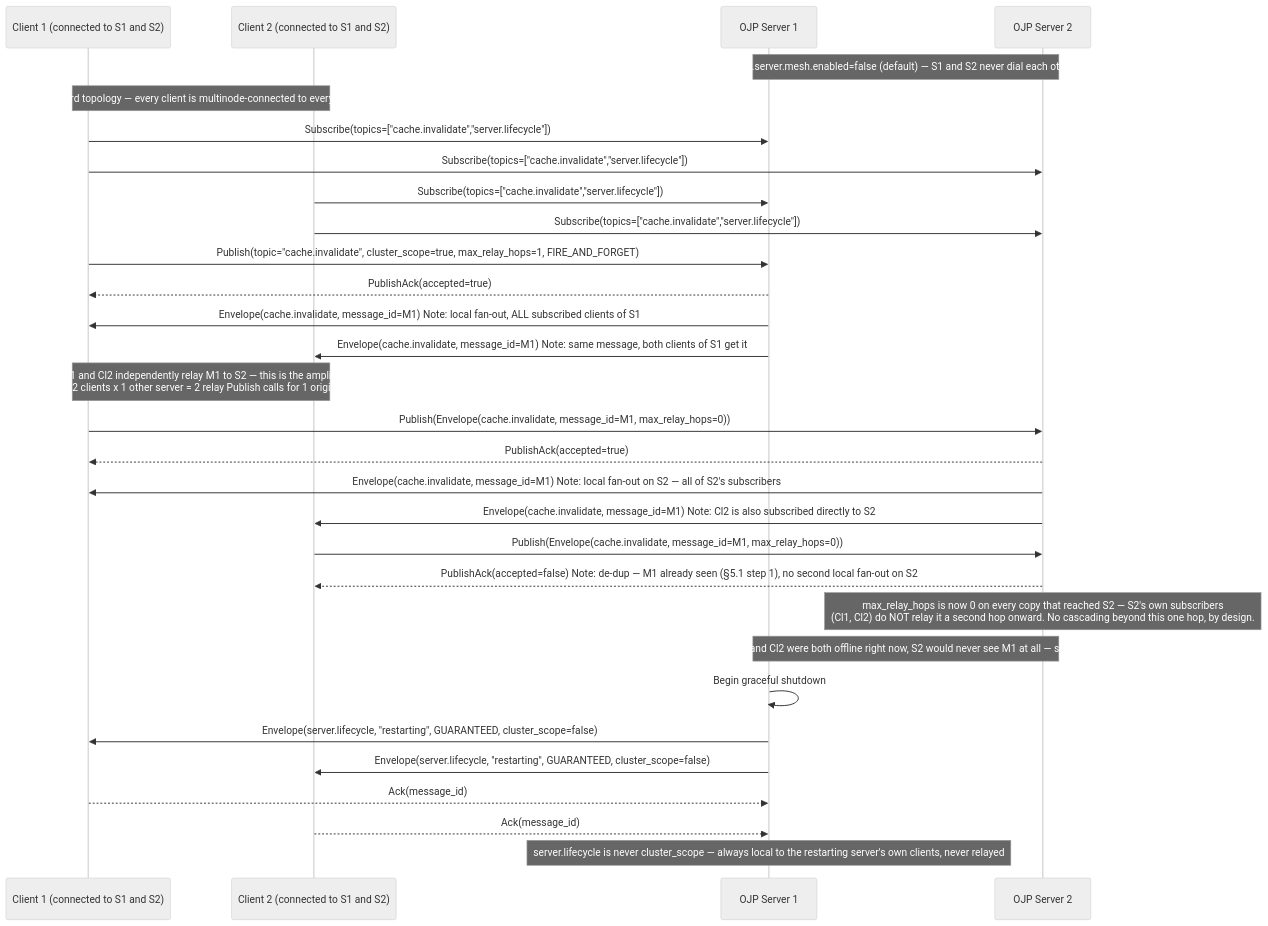
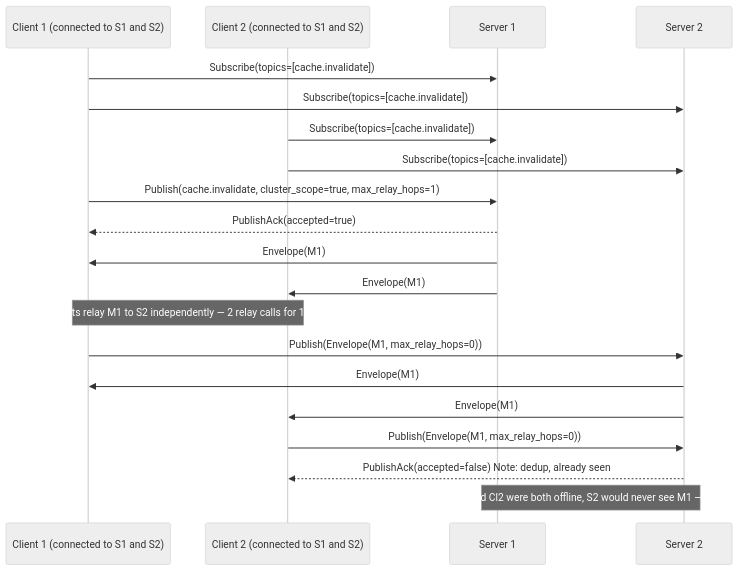
Before and after one commit to Open-JDBC-Proxy/ojp: the third of 4 diagrams in documents/analysis/OJP_MESSAGING_PROTOCOL_ANALYSIS.md, drawn with Mermaid (neutral theme). The commit also changed other lines of this file and 2 other files, not shown here.

Commit message:
Rewrite messaging/consensus analysis docs: concise, current-state, client-relay reliability

````diff
--- a/documents/analysis/OJP_MESSAGING_PROTOCOL_ANALYSIS.md
+++ b/documents/analysis/OJP_MESSAGING_PROTOCOL_ANALYSIS.md
@@ -1058,40 +391,26 @@
 ```mermaid
 sequenceDiagram
     participant Cl1 as Client 1 (connected to S1 and S2)
     participant Cl2 as Client 2 (connected to S1 and S2)
-    participant S1 as OJP Server 1
-    participant S2 as OJP Server 2
+    participant S1 as Server 1
+    participant S2 as Server 2
 
-    Note over S1,S2: ojp.server.mesh.enabled=false (default) — S1 and S2 never dial each other
-    Note over Cl1,Cl2: Standard topology — every client is multinode-connected to every server
+    Cl1->>S1: Subscribe(topics=[cache.invalidate])
+    Cl1->>S2: Subscribe(topics=[cache.invalidate])
+    Cl2->>S1: Subscribe(topics=[cache.invalidate])
+    Cl2->>S2: Subscribe(topics=[cache.invalidate])
 
-    Cl1->>S1: Subscribe(topics=["cache.invalidate","server.lifecycle"])
-    Cl1->>S2: Subscribe(topics=["cache.invalidate","server.lifecycle"])
-    Cl2->>S1: Subscribe(topics=["cache.invalidate","server.lifecycle"])
-    Cl2->>S2: Subscribe(topics=["cache.invalidate","server.lifecycle"])
+    Cl1->>S1: Publish(cache.invalidate, cluster_scope=true, max_relay_hops=1)
+    S1-->>Cl1: PublishAck(accepted=true)
+    S1->>Cl1: Envelope(M1)
+    S1->>Cl2: Envelope(M1)
 
-    Cl1->>S1: Publish(topic="cache.invalidate", cluster_scope=true, max_relay_hops=1, FIRE_AND_FORGET)
-    S1-->>Cl1: PublishAck(accepted=true)
-    S1->>Cl1: Envelope(cache.invalidate, message_id=M1)  Note: local fan-out, ALL subscribed clients of S1
-    S1->>Cl2: Envelope(cache.invalidate, message_id=M1)  Note: same message, both clients of S1 get it
+    Note over Cl1,Cl2: Both clients relay M1 to S2 independently — 2 relay calls for 1 message
+    Cl1->>S2: Publish(Envelope(M1, max_relay_hops=0))
+    S2->>Cl1: Envelope(M1)
+    S2->>Cl2: Envelope(M1)
+    Cl2->>S2: Publish(Envelope(M1, max_relay_hops=0))
+    S2-->>Cl2: PublishAck(accepted=false)  Note: dedup, already seen
 
-    Note over Cl1,Cl2: Both Cl1 and Cl2 independently relay M1 to S2 — this is the amplification<br/>from §5.3.1: 2 clients x 1 other server = 2 relay Publish calls for 1 original message
-    Cl1->>S2: Publish(Envelope(cache.invalidate, message_id=M1, max_relay_hops=0))
-    S2-->>Cl1: PublishAck(accepted=true)
-    S2->>Cl1: Envelope(cache.invalidate, message_id=M1)  Note: local fan-out on S2 — all of S2's subscribers
-    S2->>Cl2: Envelope(cache.invalidate, message_id=M1)  Note: Cl2 is also subscribed directly to S2
-
-    Cl2->>S2: Publish(Envelope(cache.invalidate, message_id=M1, max_relay_hops=0))
-    S2-->>Cl2: PublishAck(accepted=false)  Note: de-dup — M1 already seen (§5.1 step 1), no second local fan-out on S2
-
-    Note over S2: max_relay_hops is now 0 on every copy that reached S2 — S2's own subscribers<br/>(Cl1, Cl2) do NOT relay it a second hop onward. No cascading beyond this one hop, by design.
-
-    Note over S1,S2: If Cl1 and Cl2 were both offline right now, S2 would never see M1 at all — silently.
-
-    S1->>S1: Begin graceful shutdown
-    S1->>Cl1: Envelope(server.lifecycle, "restarting", GUARANTEED, cluster_scope=false)
-    S1->>Cl2: Envelope(server.lifecycle, "restarting", GUARANTEED, cluster_scope=false)
-    Cl1-->>S1: Ack(message_id)
-    Cl2-->>S1: Ack(message_id)
-    Note over S1: server.lifecycle is never cluster_scope — always local to the restarting server's own clients, never relayed
+    Note over S1,S2: If Cl1 and Cl2 were both offline, S2 would never see M1 — silently.
 ```
````
